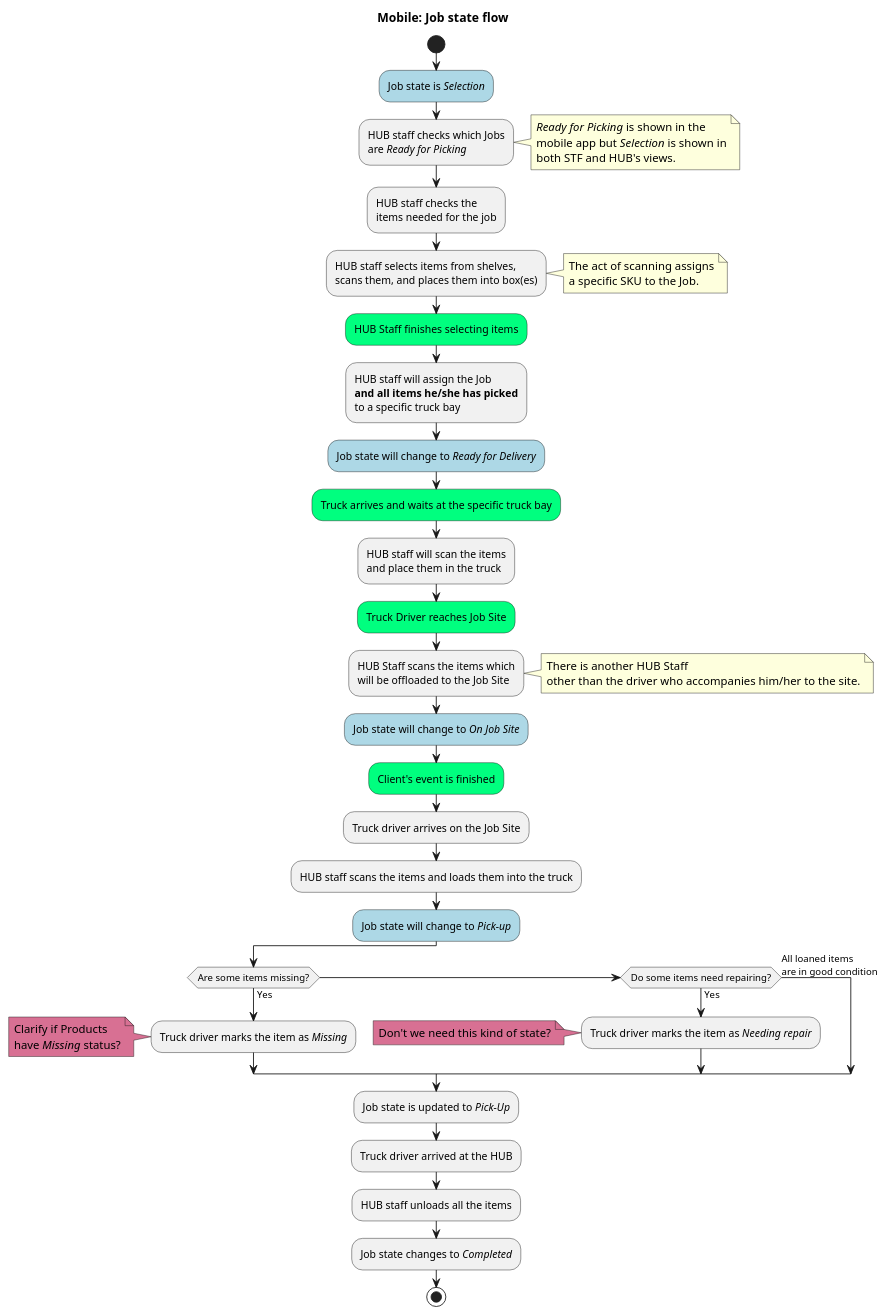
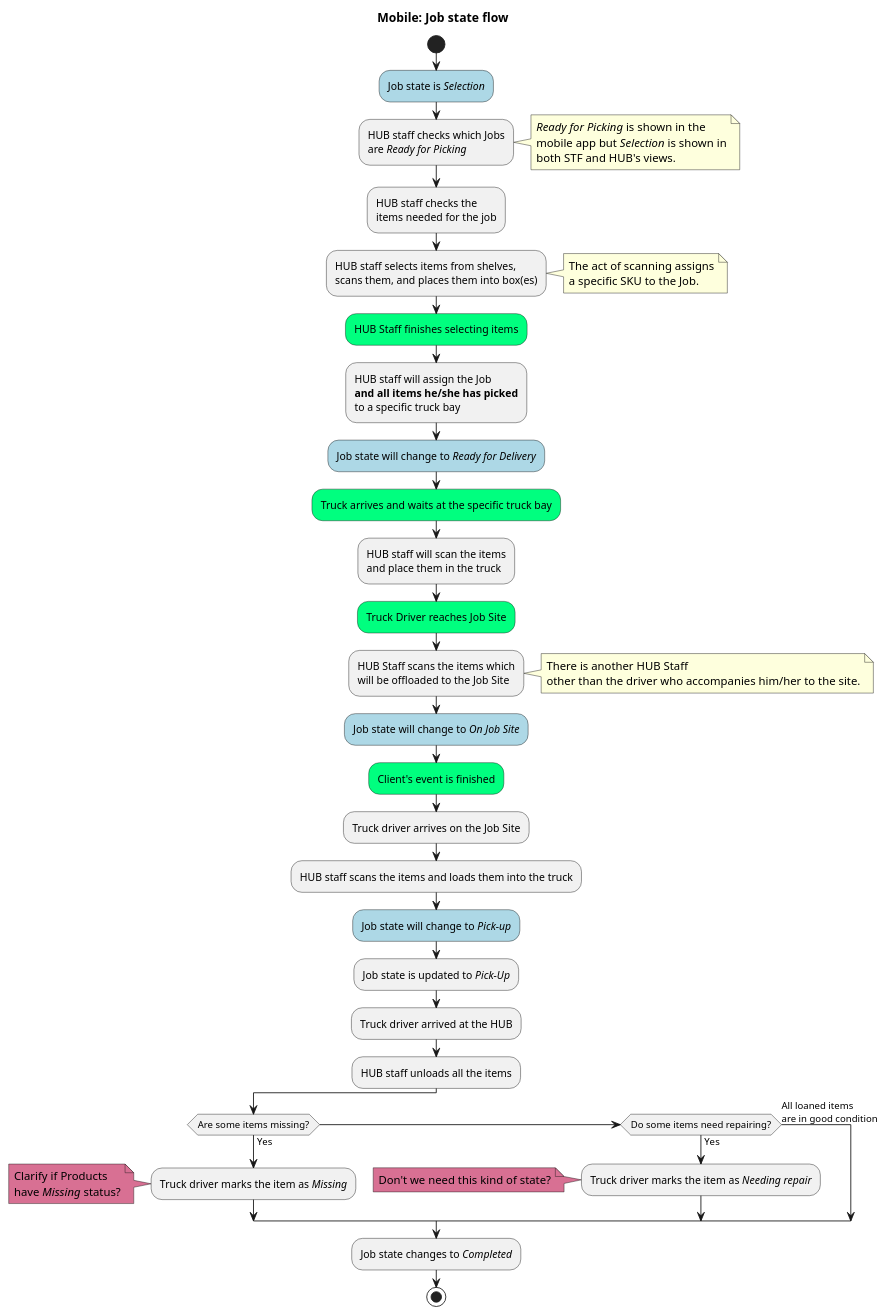
The diagram in Mobile/Mobile_JobsToCompleted.pu (jpgacrama/NovariSpecs), drawn with PlantUML before and after one commit.

Commit message:
Mobile: States are now OK
But I need to add a Returned state

```diff
--- a/Mobile/Mobile_JobsToCompleted.pu
+++ b/Mobile/Mobile_JobsToCompleted.pu
@@ -3,80 +3,80 @@
 @startuml
     title Mobile: Job state flow
     start
 
     #LightBlue:Job state is //Selection//;
 
     :HUB staff checks which Jobs
     are //Ready for Picking//;
 
     note right
         //Ready for Picking// is shown in the 
         mobile app but //Selection// is shown in
         both STF and HUB's views.
     end note
     
     :HUB staff checks the
     items needed for the job;
 
     :HUB staff selects items from shelves,
     scans them, and places them into box(es);
 
     note right
         The act of scanning assigns
         a specific SKU to the Job.
     end note
 
     #SpringGreen:HUB Staff finishes selecting items;
 
     :HUB staff will assign the Job 
     **and all items he/she has picked**
     to a specific truck bay;
 
     #LightBlue:Job state will change to //Ready for Delivery//;
 
     #SpringGreen:Truck arrives and waits at the specific truck bay;
 
     :HUB staff will scan the items
     and place them in the truck;
-    
+
     #SpringGreen:Truck Driver reaches Job Site;
     
     :HUB Staff scans the items which
     will be offloaded to the Job Site;
 
     note right
         There is another HUB Staff
         other than the driver who accompanies him/her to the site.
     end note
 
     #LightBlue:Job state will change to //On Job Site//;
 
     #SpringGreen:Client's event is finished;
     :Truck driver arrives on the Job Site;
     :HUB staff scans the items and loads them into the truck;
     #LightBlue:Job state will change to //Pick-up//;
 
+    :Job state is updated to //Pick-Up//;
+    :Truck driver arrived at the HUB;
+    :HUB staff unloads all the items;
 
     if(Are some items missing?) then (Yes)
         :Truck driver marks the item as //Missing//;
 
         note left #PaleVioletRed
             Clarify if Products
             have //Missing// status?
         end note
 
     elseif(Do some items need repairing?) then (Yes)
         :Truck driver marks the item as //Needing repair//;
 
         note left #PaleVioletRed
             Don't we need this kind of state?
         end note
     else(All loaned items\nare in good condition)
     endif
 
-    :Job state is updated to //Pick-Up//;
-    :Truck driver arrived at the HUB;
-    :HUB staff unloads all the items;
     :Job state changes to //Completed//;
     stop
 @enduml
```
